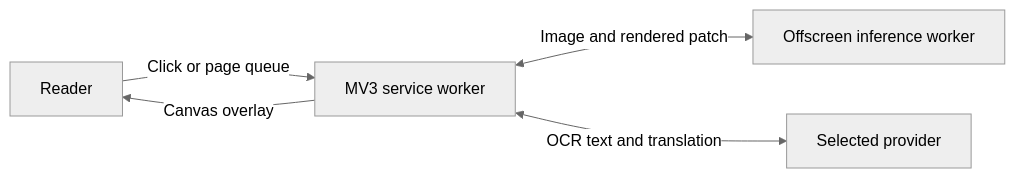
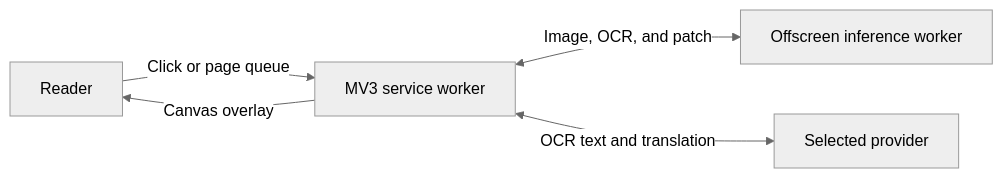
Before and after one commit to Yunachz/Manga-Translator: the diagram in README.md, drawn with Mermaid (neutral theme). The commit also changed other lines of this file, not shown here.

````diff
--- a/README.md
+++ b/README.md
@@ -44,7 +68,7 @@
 ```mermaid
 flowchart LR
   R["Reader"] -->|Click or page queue| S["MV3 service worker"]
-  S <-->|Image and rendered patch| W["Offscreen inference worker"]
+  S <-->|Image, OCR, and patch| W["Offscreen inference worker"]
   S <-->|OCR text and translation| T["Selected provider"]
   S -->|Canvas overlay| R
 ```
````
